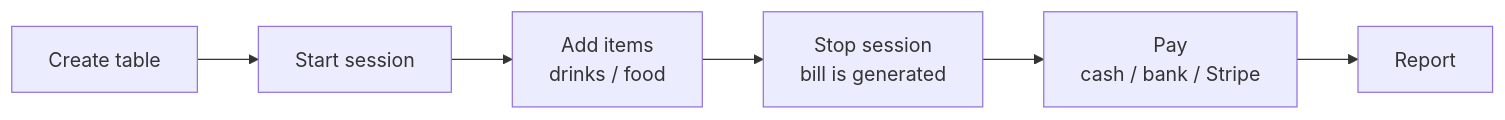
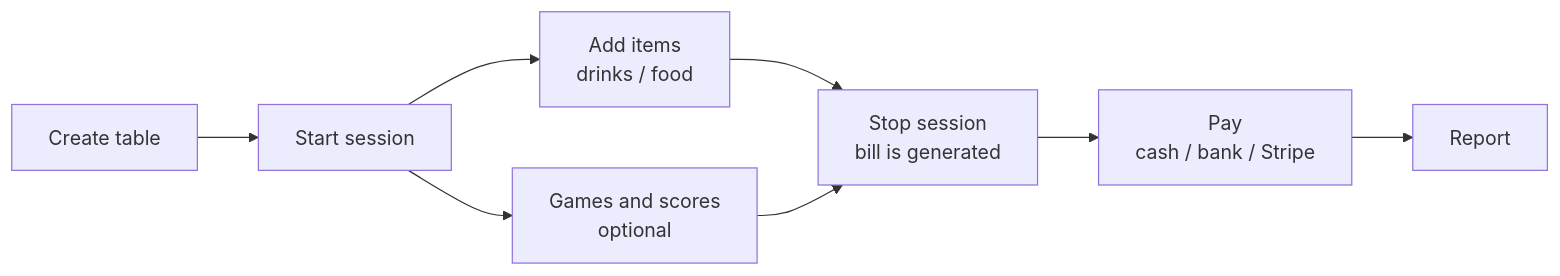
Before and after one commit to nghingothanhnghi/fastApi: the first of 2 diagrams in app/billiard/README.md, drawn with Mermaid. The commit also changed other lines of this file and 2 other files, not shown here.

````diff
--- a/app/billiard/README.md
+++ b/app/billiard/README.md
@@ -15,8 +15,10 @@
 ```mermaid
 flowchart LR
     A[Create table] --> B[Start session]
     B --> C[Add items<br/>drinks / food]
+    B --> G[Games and scores<br/>optional]
     C --> D[Stop session<br/>bill is generated]
+    G --> D
     D --> E[Pay<br/>cash / bank / Stripe]
     E --> F[Report]
 ```
````
